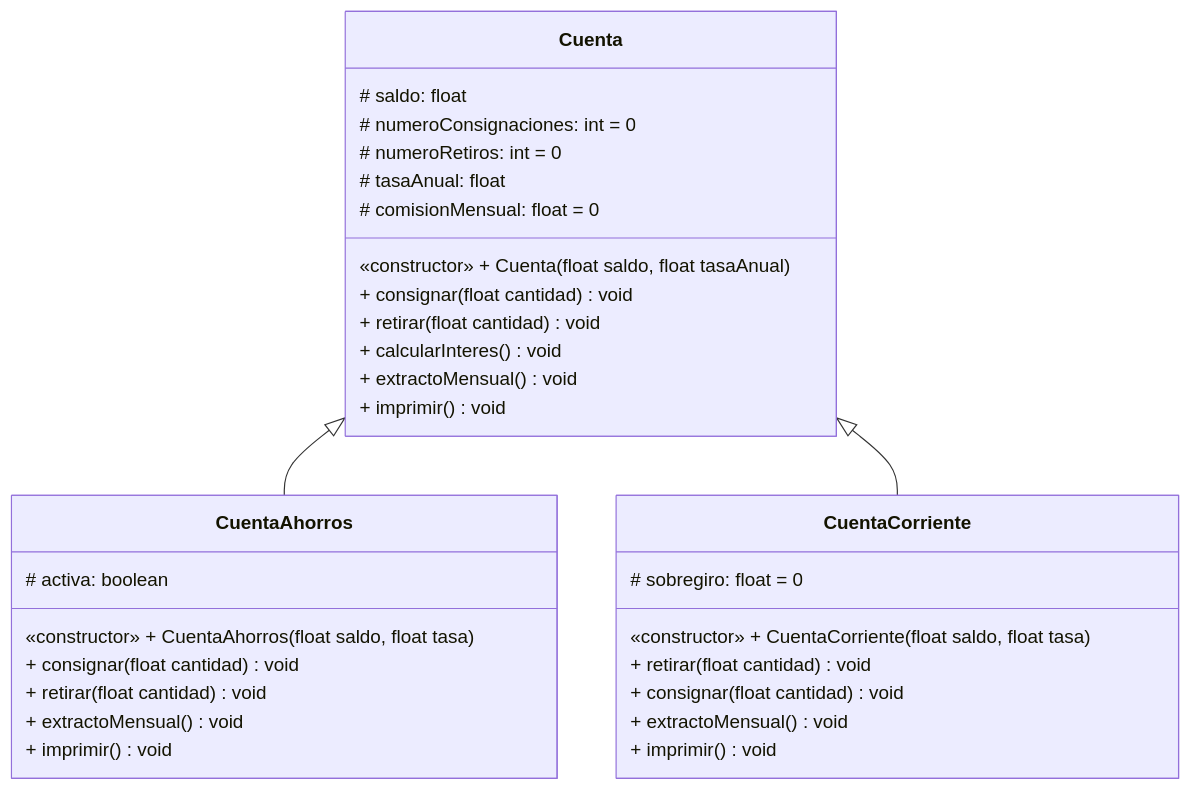
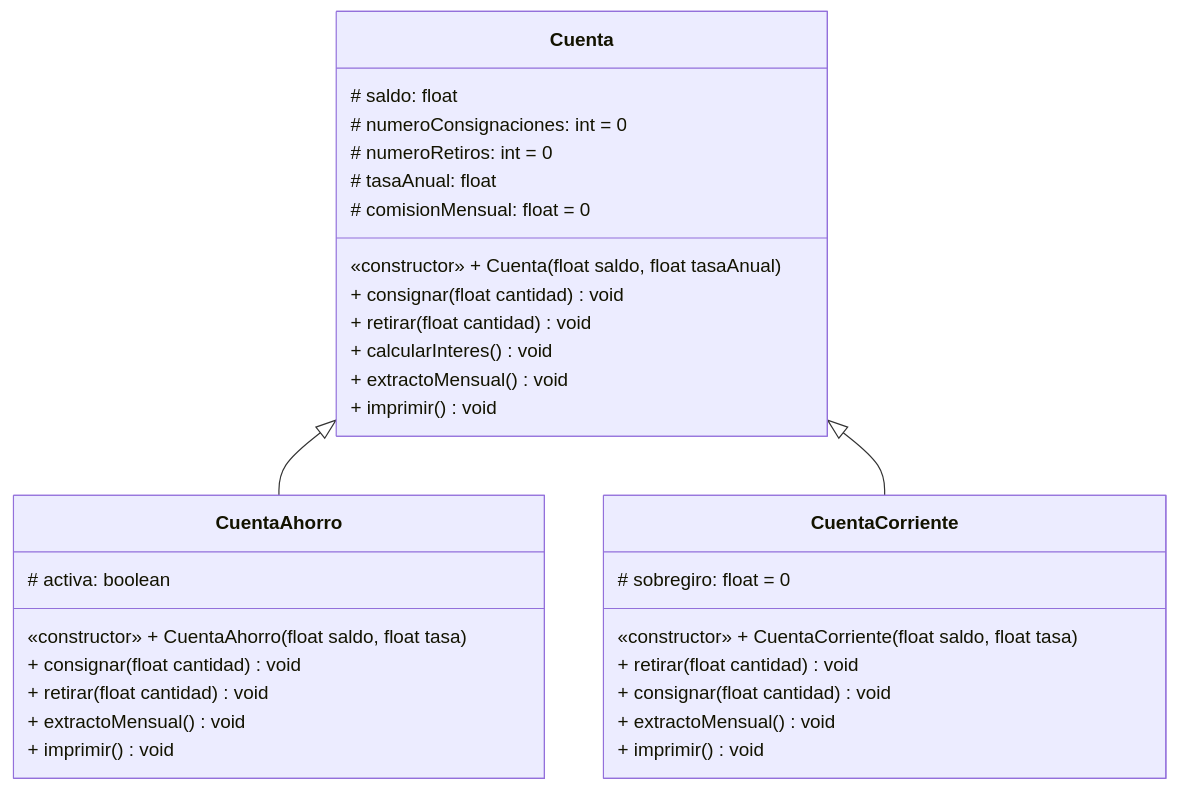
One commit to uniajc-gperezm/CuentaBancaria412-01-2026 changed the diagram in README.md. Above: the diagram before and after it, drawn with Mermaid.

Commit message:
Pequeña correción en el código mermaid

````diff
--- a/README.md
+++ b/README.md
@@ -9,34 +9,34 @@
 ```mermaid
 classDiagram
     class Cuenta {
         # saldo: float
         # numeroConsignaciones: int = 0
         # numeroRetiros: int = 0
         # tasaAnual: float
         # comisionMensual: float = 0
         «constructor» + Cuenta(float saldo, float tasaAnual)
         + consignar(float cantidad)void
         + retirar(float cantidad)void
         + calcularInteres()void
         + extractoMensual()void
         + imprimir()void
     }
-    class CuentaAhorros {
+    class CuentaAhorro {
         # activa: boolean
-        «constructor» + CuentaAhorros(float saldo, float tasa)
+        «constructor» + CuentaAhorro(float saldo, float tasa)
         + consignar(float cantidad)void
         + retirar(float cantidad)void
         + extractoMensual()void
         + imprimir()void
     }
     class CuentaCorriente {
         # sobregiro: float = 0
         «constructor» + CuentaCorriente(float saldo, float tasa)
         + retirar(float cantidad)void
         + consignar(float cantidad)void
         + extractoMensual()void
         + imprimir()void
     }
-    Cuenta <|-- CuentaAhorros
+    Cuenta <|-- CuentaAhorro
     Cuenta <|-- CuentaCorriente
 ```
````
